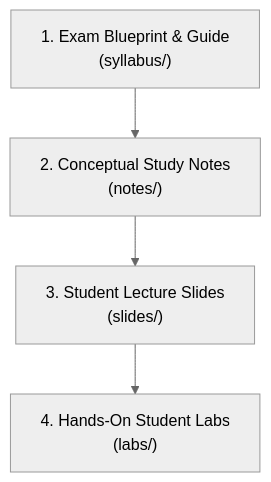
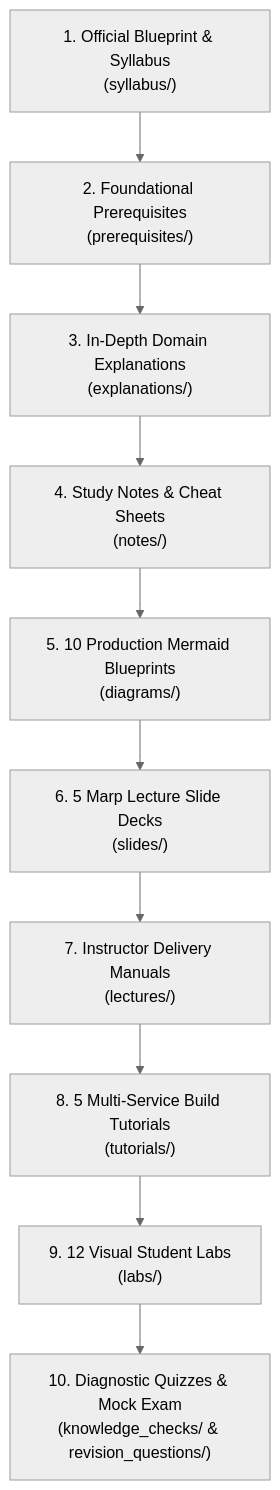
Before and after one commit to fakhruldeen/AWS: the diagram in AI/Practitioner/AIF-C01/README.md, drawn with Mermaid (neutral theme). The commit also changed other lines of this file and 62 other files, not shown here.

````diff
--- a/AI/Practitioner/AIF-C01/README.md
+++ b/AI/Practitioner/AIF-C01/README.md
@@ -15,6 +14,12 @@
 ```mermaid
 flowchart TD
-    Syllabus["1. Exam Blueprint & Guide\n(syllabus/)"] --> Notes["2. Conceptual Study Notes\n(notes/)"]
-    Notes --> Slides["3. Student Lecture Slides\n(slides/)"]
-    Slides --> Labs["4. Hands-On Student Labs\n(labs/)"]
+    Syllabus["1. Official Blueprint & Syllabus\n(syllabus/)"] --> Prereqs["2. Foundational Prerequisites\n(prerequisites/)"]
+    Prereqs --> Explanations["3. In-Depth Domain Explanations\n(explanations/)"]
+    Explanations --> Notes["4. Study Notes & Cheat Sheets\n(notes/)"]
+    Notes --> Blueprints["5. 10 Production Mermaid Blueprints\n(diagrams/)"]
+    Blueprints --> Slides["6. 5 Marp Lecture Slide Decks\n(slides/)"]
+    Slides --> Lectures["7. Instructor Delivery Manuals\n(lectures/)"]
+    Lectures --> Tutorials["8. 5 Multi-Service Build Tutorials\n(tutorials/)"]
+    Tutorials --> Labs["9. 12 Visual Student Labs\n(labs/)"]
+    Labs --> Readiness["10. Diagnostic Quizzes & Mock Exam\n(knowledge_checks/ & revision_questions/)"]
 ```
````
